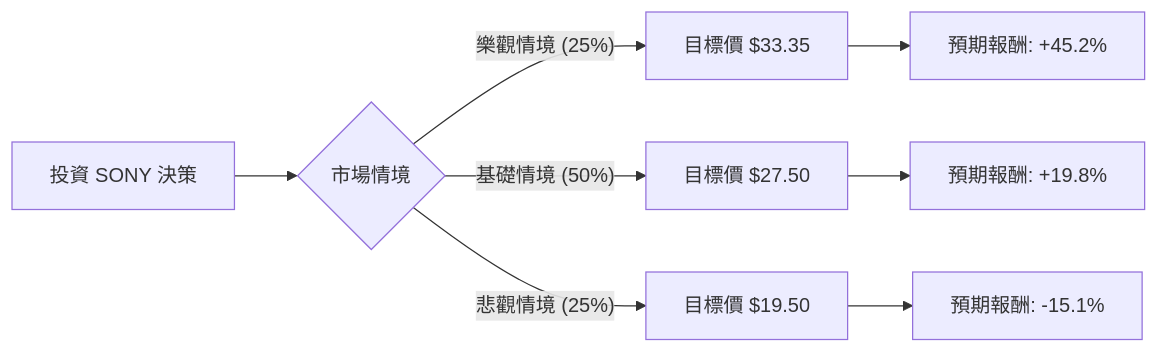
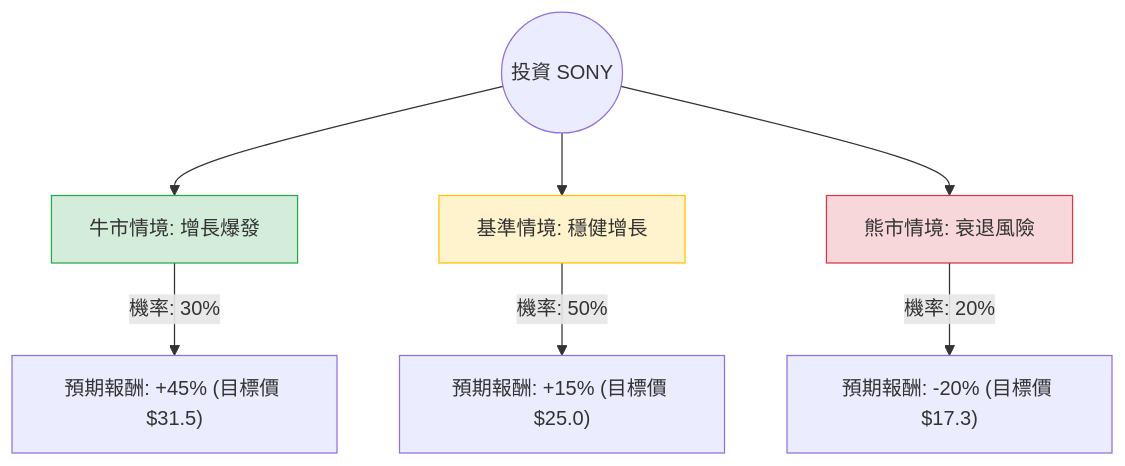
Before and after one commit to zmcx16/zmcx16.github.io: the diagram in plugin-react/ai-analysis/ev-analysis/SONY.md, drawn with Mermaid. The commit also changed other lines of this file and 95 other files, not shown here.

````diff
--- a/plugin-react/ai-analysis/ev-analysis/SONY.md
+++ b/plugin-react/ai-analysis/ev-analysis/SONY.md
@@ -21,12 +19,14 @@
 ```mermaid
-graph LR
-    A[投資 SONY 決策] --> B{市場情境}
-    
-    B -- 樂觀情境 (25%) --> C[目標價 $33.35]
-    B -- 基礎情境 (50%) --> D[目標價 $27.50]
-    B -- 悲觀情境 (25%) --> E[目標價 $19.50]
+graph TD
+    Start((投資 SONY)) --> Bull[牛市情境: 增長爆發]
+    Start --> Base[基準情境: 穩健增長]
+    Start --> Bear[熊市情境: 衰退風險]
 
-    C --> C1[預期報酬: +45.2%]
-    D --> D1[預期報酬: +19.8%]
-    E --> E1[預期報酬: -15.1%]
+    Bull -- "機率: 30%" --> Bull_EV["預期報酬: +45% (目標價 $31.5)"]
+    Base -- "機率: 50%" --> Base_EV["預期報酬: +15% (目標價 $25.0)"]
+    Bear -- "機率: 20%" --> Bear_EV["預期報酬: -20% (目標價 $17.3)"]
+
+    style Bull fill:#d4edda,stroke:#28a745
+    style Base fill:#fff3cd,stroke:#ffc107
+    style Bear fill:#f8d7da,stroke:#dc3545
 ```
````
